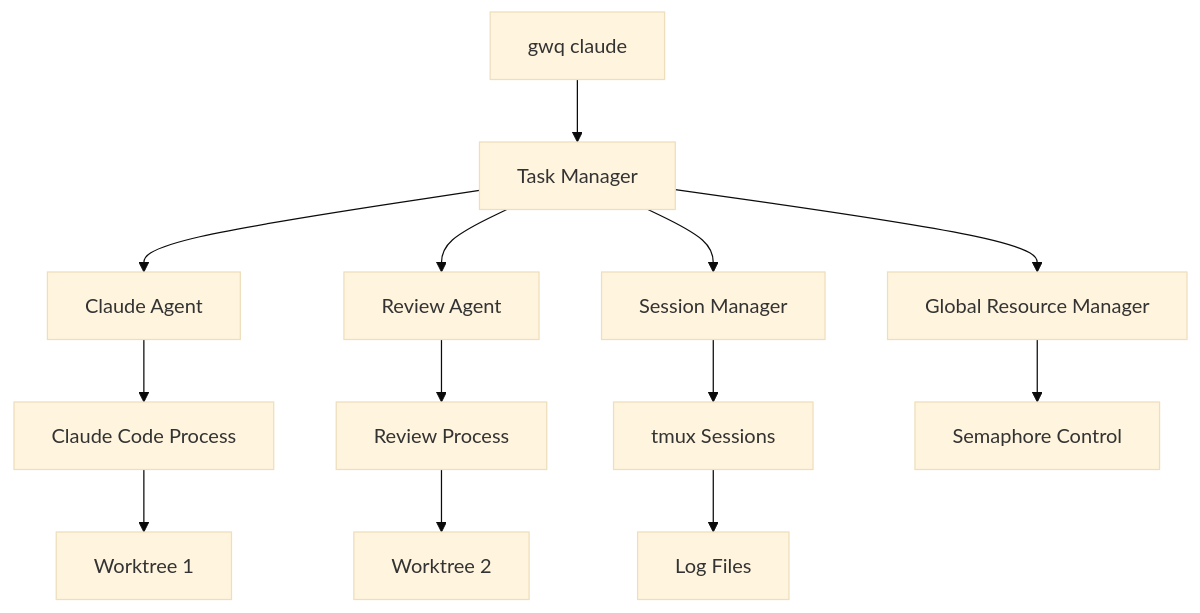
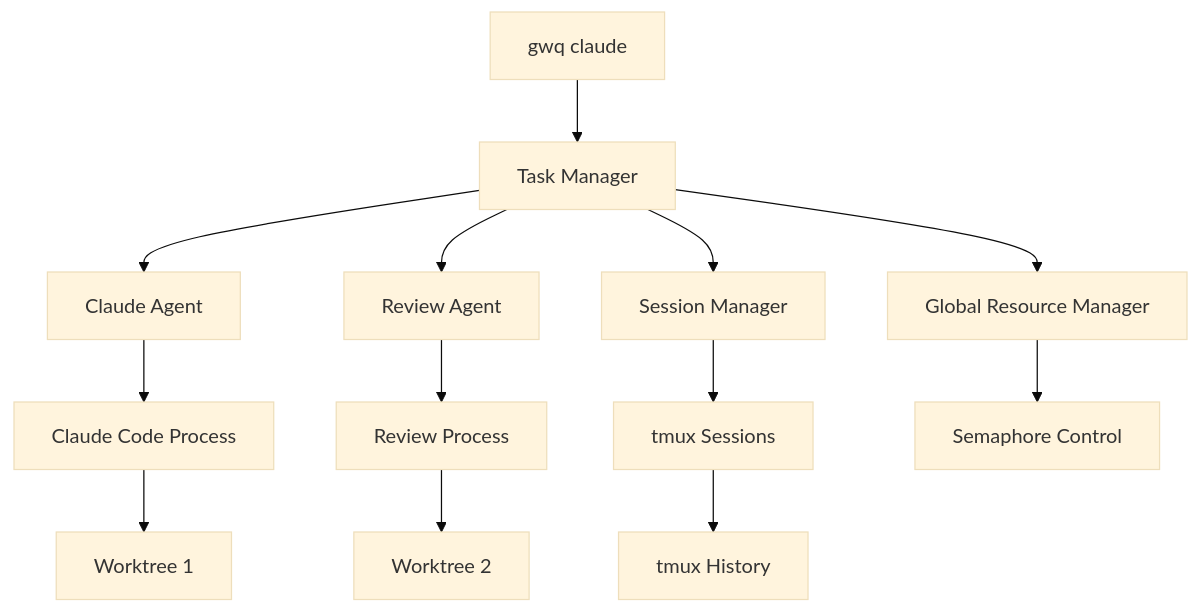
The first of 2 diagrams in docs/DESIGN_CLAUDE_TASK_QUEUE.md (d-kuro/wtree), drawn with Mermaid (base theme) before and after one commit. The commit also changed other lines of this file and 1 other file, not shown here.

First line of the commit message:
simplify: Remove custom logging in favor of tmux native history

````diff
--- a/docs/DESIGN_CLAUDE_TASK_QUEUE.md
+++ b/docs/DESIGN_CLAUDE_TASK_QUEUE.md
@@ -44,18 +44,18 @@
 ```mermaid
 graph TD
     A[gwq claude] --> B[Task Manager]
     B --> C[Claude Agent]
     B --> D[Review Agent] 
     B --> E[Session Manager]
     
     C --> F[Claude Code Process]
     D --> G[Review Process]
     E --> H[tmux Sessions]
     
     B --> I[Global Resource Manager]
     I --> J[Semaphore Control]
     
     F --> K[Worktree 1]
     G --> L[Worktree 2]
-    H --> M[Log Files]
+    H --> M[tmux History]
 ```
````
